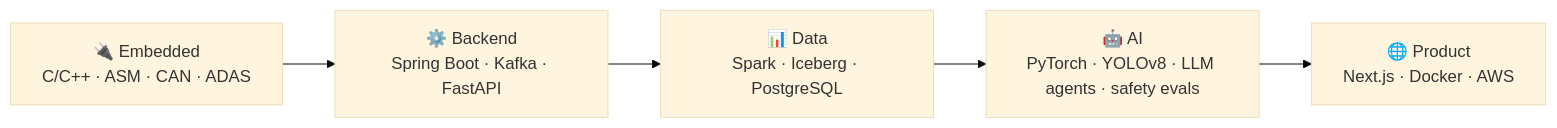
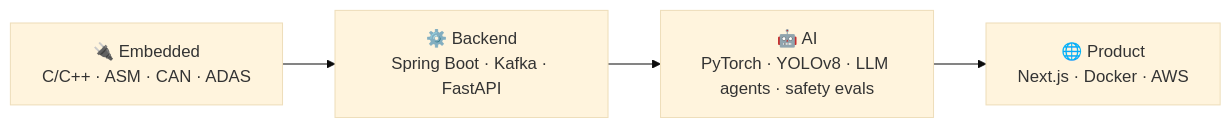
Before and after one commit to TDuong04/TDuong04: the diagram in README.md, drawn with Mermaid (base theme). The commit also changed other lines of this file, not shown here.

````diff
--- a/README.md
+++ b/README.md
@@ -273,7 +262,6 @@
 ```mermaid
 flowchart LR
     A[🔌 Embedded<br/>C/C++ · ASM · CAN · ADAS] --> B[⚙️ Backend<br/>Spring Boot · Kafka · FastAPI]
-    B --> C[📊 Data<br/>Spark · Iceberg · PostgreSQL]
-    C --> D[🤖 AI<br/>PyTorch · YOLOv8 · LLM agents · safety evals]
+    B --> D[🤖 AI<br/>PyTorch · YOLOv8 · LLM agents · safety evals]
     D --> E[🌐 Product<br/>Next.js · Docker · AWS]
 ```
````
